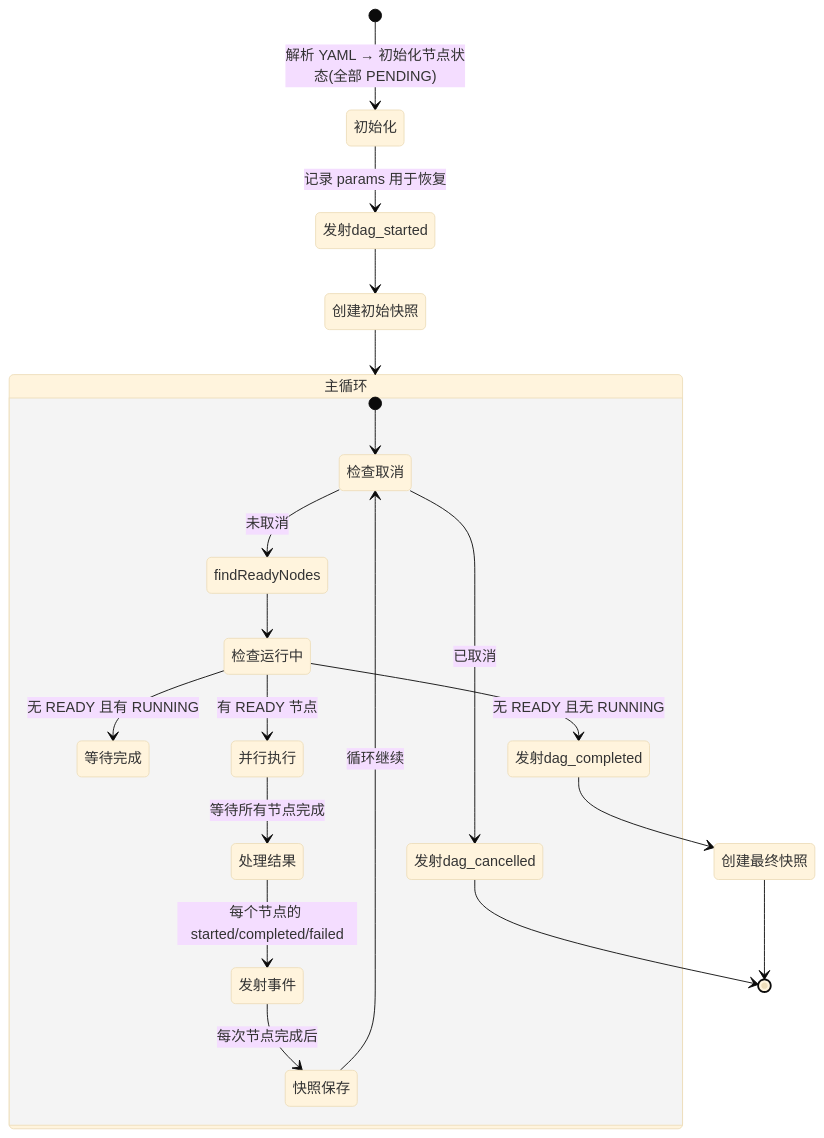
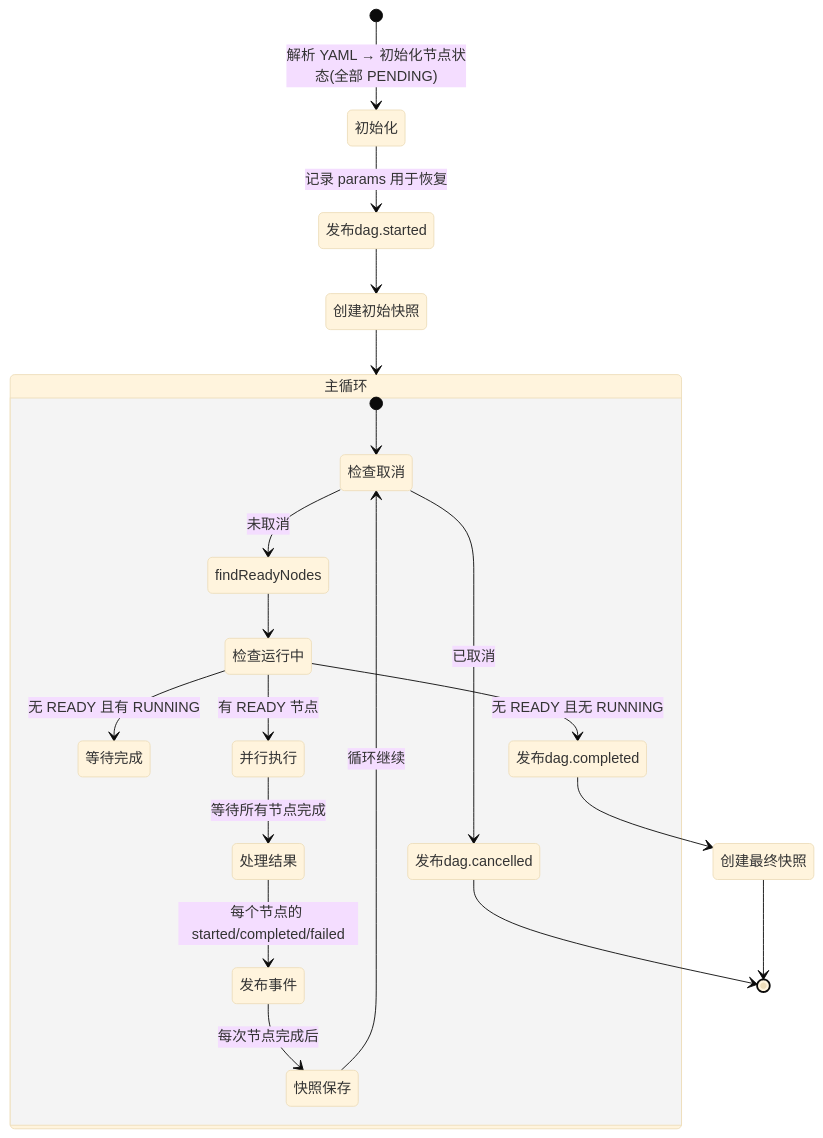
One commit to HuangPuStar/FenixAgent changed the seventh of 11 diagrams in docs/developer/arch/workflow-architecture.md. Above: the diagram before and after it, drawn with Mermaid (base theme). The commit also changed other lines of this file, not shown here.

````diff
--- a/docs/developer/arch/workflow-architecture.md
+++ b/docs/developer/arch/workflow-architecture.md
@@ -249,25 +428,25 @@
 ```mermaid
 stateDiagram-v2
     [*] --> 初始化: 解析 YAML → 初始化节点状态(全部 PENDING)
-    初始化 --> 发射dag_started: 记录 params 用于恢复
-    发射dag_started --> 创建初始快照
+    初始化 --> 发布dag.started: 记录 params 用于恢复
+    发布dag.started --> 创建初始快照
     创建初始快照 --> 主循环
 
     state 主循环 {
         [*] --> 检查取消
         检查取消 --> findReadyNodes: 未取消
-        检查取消 --> 发射dag_cancelled: 已取消
+        检查取消 --> 发布dag.cancelled: 已取消
         findReadyNodes --> 检查运行中
         检查运行中 --> 等待完成: 无 READY 且有 RUNNING
         检查运行中 --> 并行执行: 有 READY 节点
         并行执行 --> 处理结果: 等待所有节点完成
-        处理结果 --> 发射事件: 每个节点的 started/completed/failed
-        发射事件 --> 快照保存: 每次节点完成后
+        处理结果 --> 发布事件: 每个节点的 started/completed/failed
+        发布事件 --> 快照保存: 每次节点完成后
         快照保存 --> 检查取消: 循环继续
-        检查运行中 --> 发射dag_completed: 无 READY 且无 RUNNING
+        检查运行中 --> 发布dag.completed: 无 READY 且无 RUNNING
     }
 
-    发射dag_completed --> 创建最终快照
+    发布dag.completed --> 创建最终快照
     创建最终快照 --> [*]
-    发射dag_cancelled --> [*]
+    发布dag.cancelled --> [*]
 ```
````
